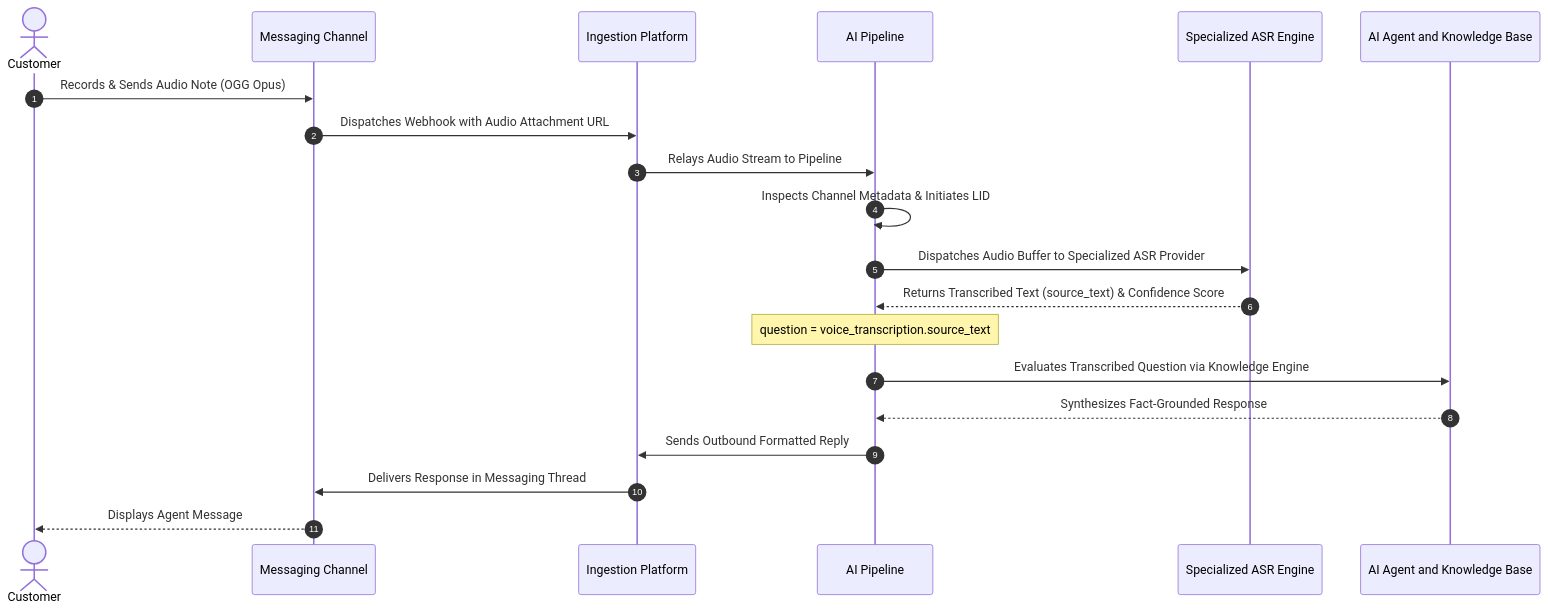
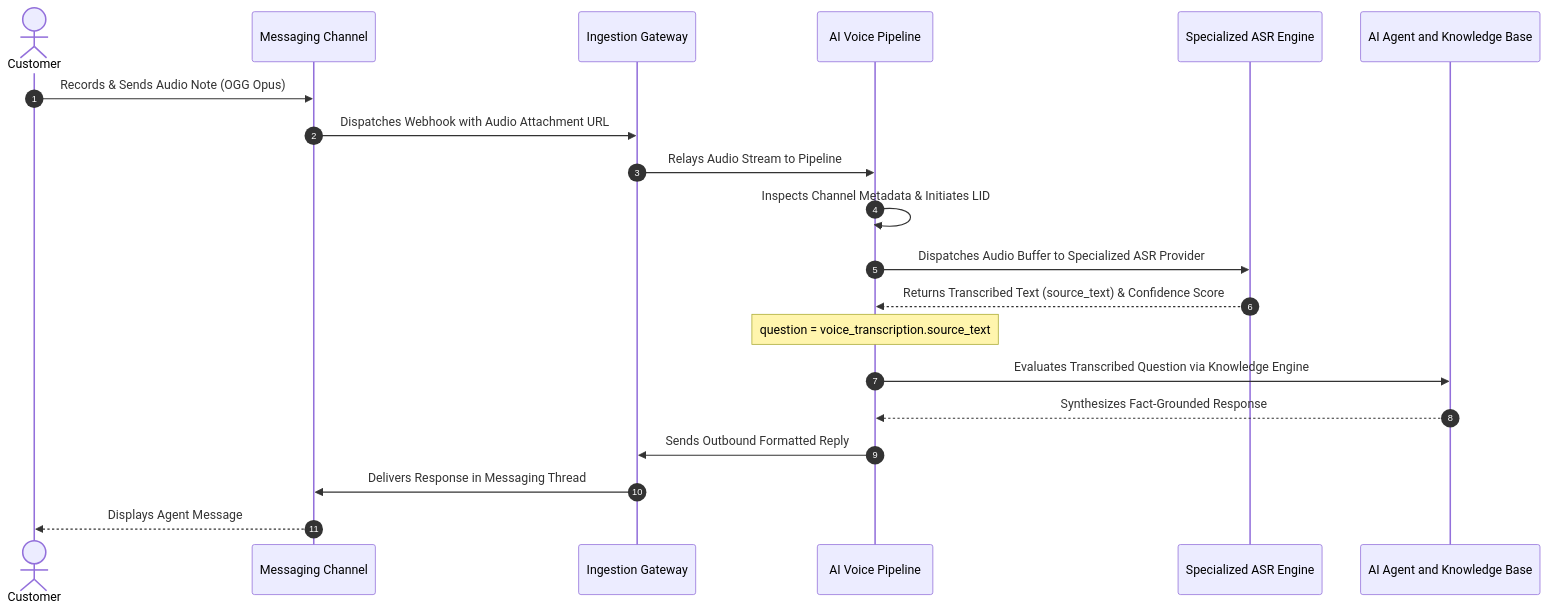
The diagram in apps/docs/content/docs/multilingual-and-voice/voice-messaging-and-transcription.mdx (Cerebronix-AI/cerebronix-docs), drawn with Mermaid before and after one commit. The commit also changed other lines of this file and 32 other files, not shown here.

Commit message:
feat(docs): enforce black-box architecture and information disclosure safeguards

````diff
--- a/apps/docs/content/docs/multilingual-and-voice/voice-messaging-and-transcription.mdx
+++ b/apps/docs/content/docs/multilingual-and-voice/voice-messaging-and-transcription.mdx
@@ -29,23 +29,23 @@
 ```mermaid
 sequenceDiagram
     autonumber
     actor Customer
     participant Channel as Messaging Channel
-    participant Pipe as Ingestion Platform
-    participant Lex as AI Pipeline
+    participant Ingest as Ingestion Gateway
+    participant Pipe as AI Voice Pipeline
     participant ASR as Specialized ASR Engine
     participant Agent as AI Agent and Knowledge Base
 
     Customer->>Channel: Records & Sends Audio Note (OGG Opus)
-    Channel->>Pipe: Dispatches Webhook with Audio Attachment URL
-    Pipe->>Lex: Relays Audio Stream to Pipeline
-    Lex->>Lex: Inspects Channel Metadata & Initiates LID
-    Lex->>ASR: Dispatches Audio Buffer to Specialized ASR Provider
-    ASR-->>Lex: Returns Transcribed Text (source_text) & Confidence Score
-    Note over Lex: question = voice_transcription.source_text
-    Lex->>Agent: Evaluates Transcribed Question via Knowledge Engine
-    Agent-->>Lex: Synthesizes Fact-Grounded Response
-    Lex->>Pipe: Sends Outbound Formatted Reply
-    Pipe->>Channel: Delivers Response in Messaging Thread
+    Channel->>Ingest: Dispatches Webhook with Audio Attachment URL
+    Ingest->>Pipe: Relays Audio Stream to Pipeline
+    Pipe->>Pipe: Inspects Channel Metadata & Initiates LID
+    Pipe->>ASR: Dispatches Audio Buffer to Specialized ASR Provider
+    ASR-->>Pipe: Returns Transcribed Text (source_text) & Confidence Score
+    Note over Pipe: question = voice_transcription.source_text
+    Pipe->>Agent: Evaluates Transcribed Question via Knowledge Engine
+    Agent-->>Pipe: Synthesizes Fact-Grounded Response
+    Pipe->>Ingest: Sends Outbound Formatted Reply
+    Ingest->>Channel: Delivers Response in Messaging Thread
     Channel-->>Customer: Displays Agent Message
 ```
````
